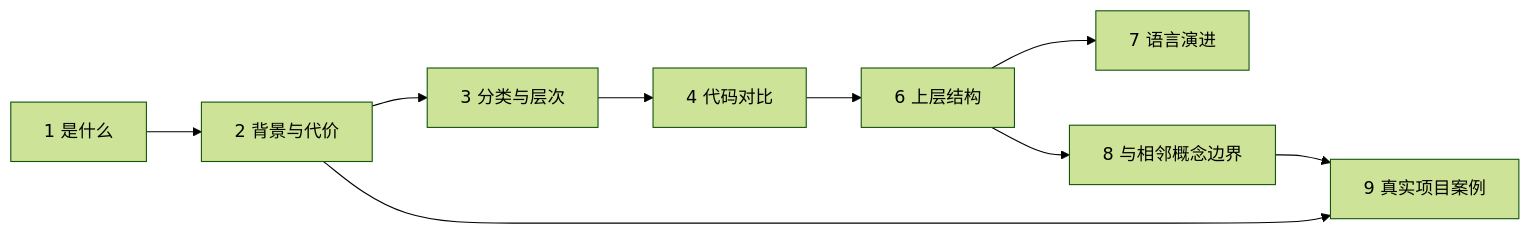
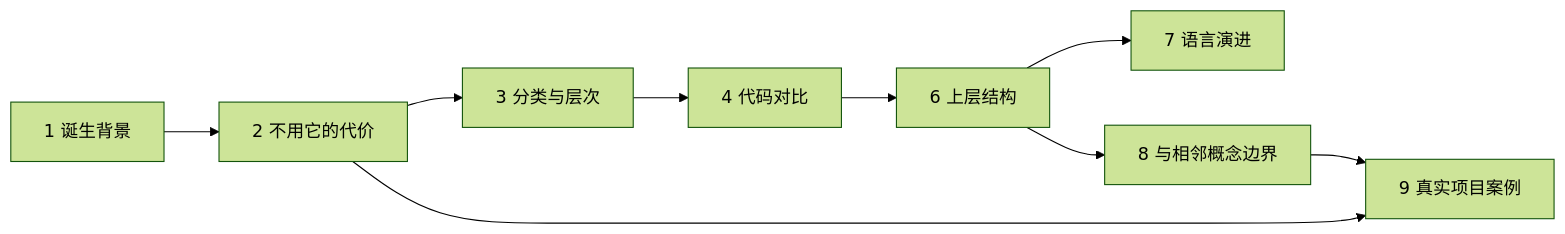
Before and after one commit to guang-lee-cn/design-pattern: the third of 3 diagrams in TEMPLATE.md, drawn with Mermaid (forest theme). The commit also changed other lines of this file and 1 other file, not shown here.

First line of the commit message:
docs: 第 1 节由「是什么」改为「诞生背景」，代价节名与代码目录对齐

````diff
--- a/TEMPLATE.md
+++ b/TEMPLATE.md
@@ -79,11 +91,11 @@
 ```mermaid
 flowchart LR
-    N1["1 是什么"] --> N2["2 背景与代价"]
+    N1["1 诞生背景"] --> N2["2 不用它的代价"]
     N2 --> N3["3 分类与层次"]
     N3 --> N4["4 代码对比"]
     N4 --> N6["6 上层结构"]
     N6 --> N7["7 语言演进"]
     N6 --> N8["8 与相邻概念边界"]
     N2 --> N9["9 真实项目案例"]
     N8 --> N9
 ```
````
